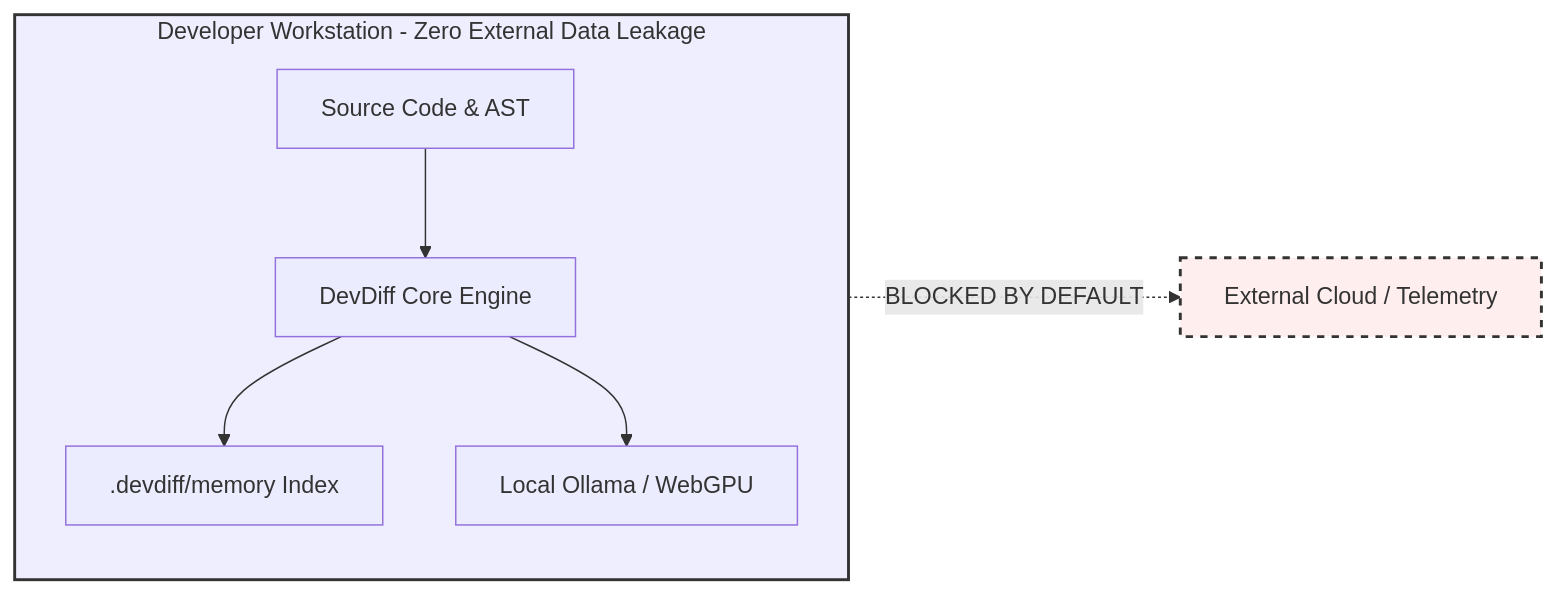
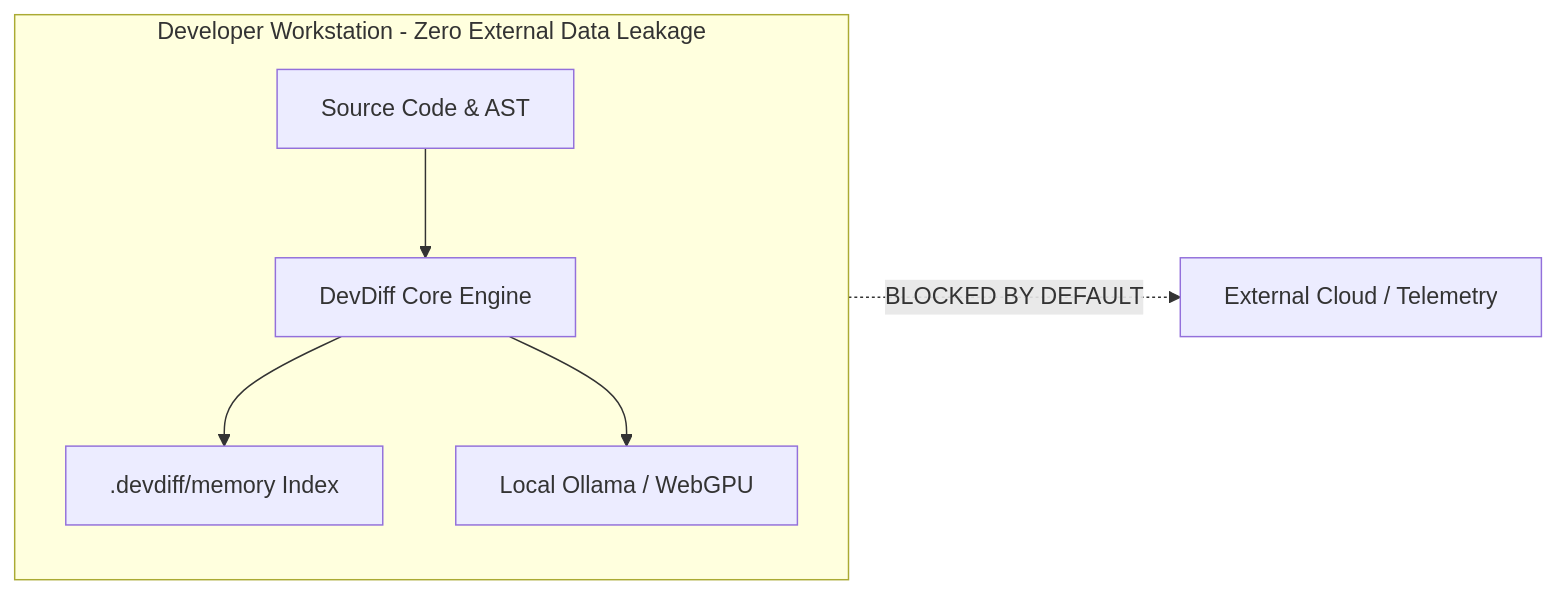
The diagram in docs/security/privacy.md (EldrexDelosReyesBula/DevDiff), drawn with Mermaid before and after one commit. The commit also changed other lines of this file and 187 other files, not shown here.

First line of the commit message:
release: v1.8.0 — multi-registry distribution, plugin architecture & documentation overhaul

````diff
--- a/docs/security/privacy.md
+++ b/docs/security/privacy.md
@@ -9,13 +9,10 @@
 ```mermaid
 flowchart LR
     subgraph LocalWorkstation [Developer Workstation - Zero External Data Leakage]
       A[Source Code & AST] --> B[DevDiff Core Engine]
       B --> C[.devdiff/memory Index]
       B --> D[Local Ollama / WebGPU]
     end
 
     LocalWorkstation -.->|BLOCKED BY DEFAULT| Cloud[External Cloud / Telemetry]
-
-    style LocalWorkstation fill:#eef,stroke:#333,stroke-width:2px
-    style Cloud fill:#fee,stroke:#333,stroke-width:2px,stroke-dasharray: 5 5
 ```
````
